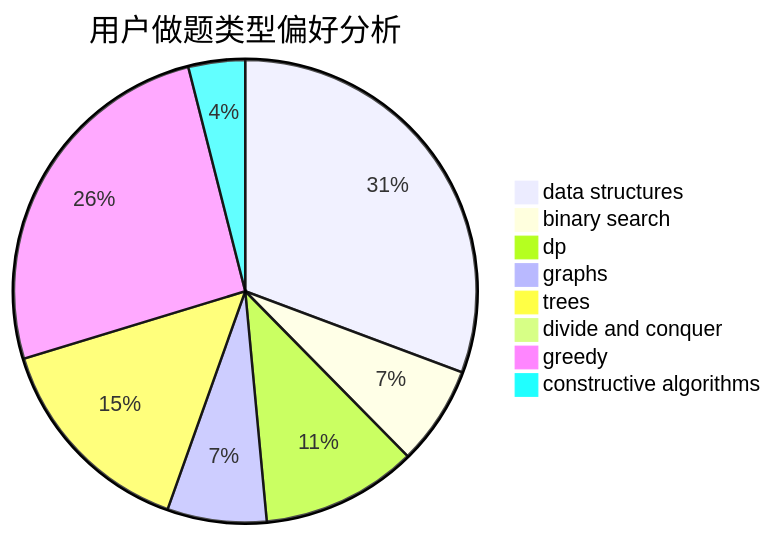
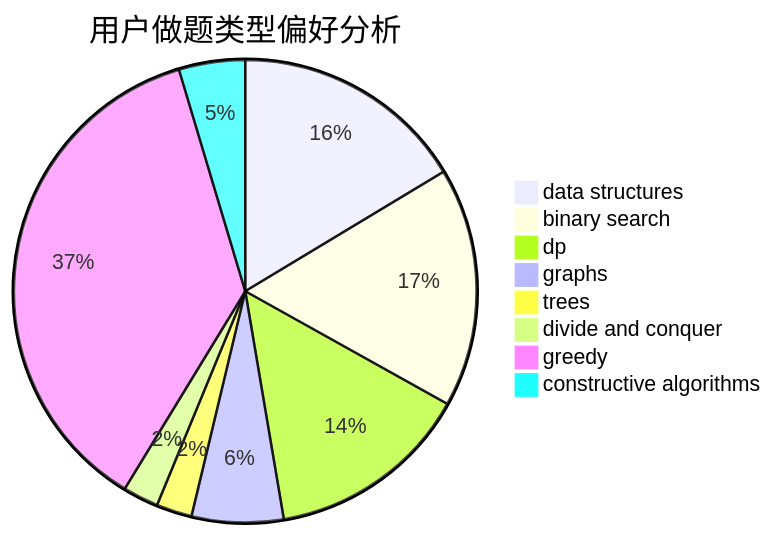
The second of 3 diagrams in docs/user/u991.md (sherpahu/cfrs.github.io), drawn with Mermaid before and after one commit. The commit also changed other lines of this file and 2770 other files, not shown here.

````diff
--- a/docs/user/u991.md
+++ b/docs/user/u991.md
@@ -23,11 +23,11 @@
 ```mermaid
 pie title 用户做题类型偏好分析
-    "data structures" :  31
-    "binary search" :  7
-    "dp" :  11
-    "graphs" :  7
-    "trees" :  15
-    "divide and conquer" :  0
-    "greedy" :  26
-    "constructive algorithms" :  4
+    "data structures" :  46
+    "binary search" :  47
+    "dp" :  40
+    "graphs" :  18
+    "trees" :  7
+    "divide and conquer" :  7
+    "greedy" :  103
+    "constructive algorithms" :  13
 ```
````
